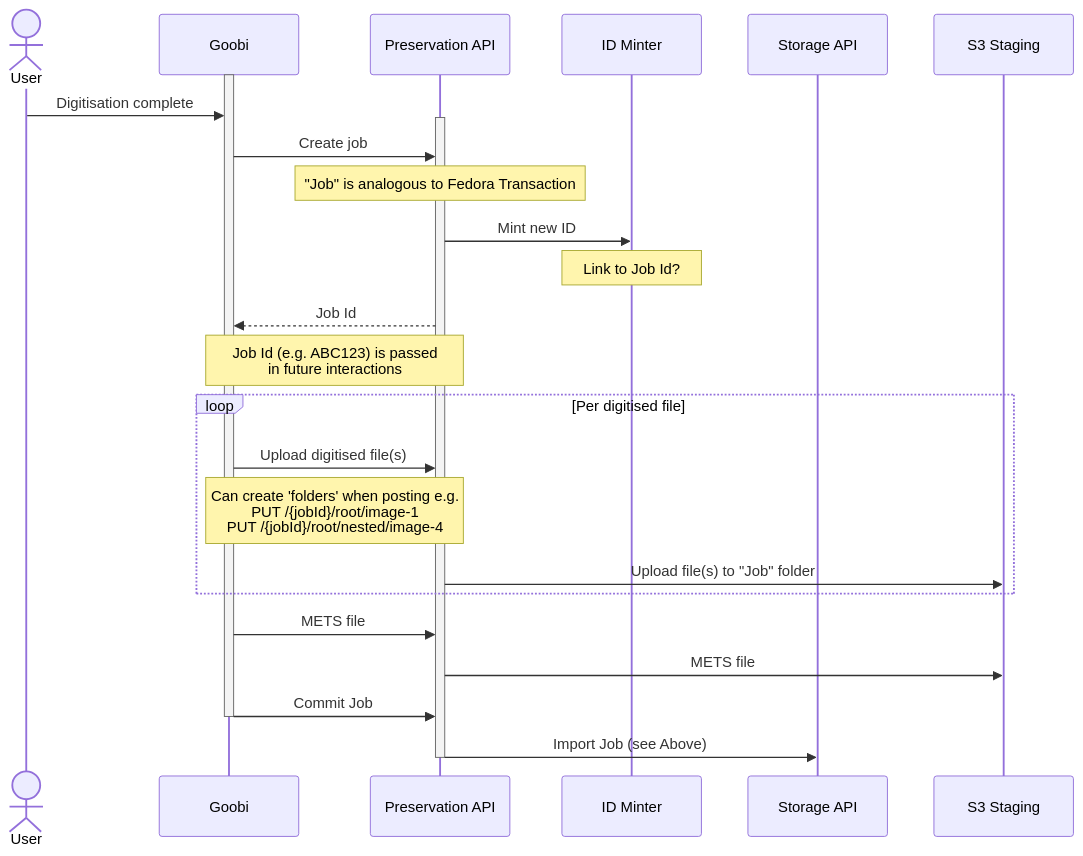
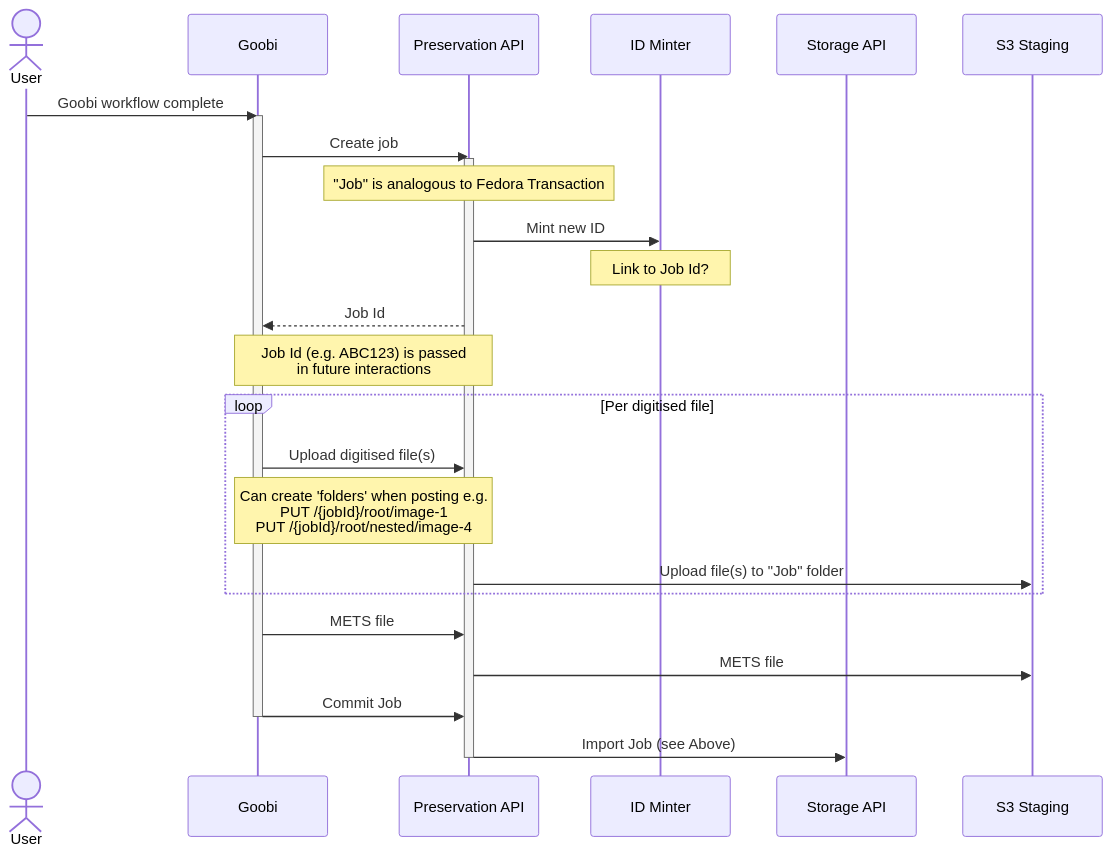
The second of 3 diagrams in sequence-diagrams/goobi_api_interaction.md (digirati-co-uk/digital-preservation-docs), drawn with Mermaid before and after one commit. The commit also changed other lines of this file and 1 other file, not shown here.

Commit message:
Add goobi->s3 interaction

````diff
--- a/sequence-diagrams/goobi_api_interaction.md
+++ b/sequence-diagrams/goobi_api_interaction.md
@@ -85,30 +85,30 @@
 ```mermaid
 sequenceDiagram
   actor User
   participant G as Goobi
   participant P as Preservation API
   participant ID as ID Minter
   participant S as Storage API
   participant S3 as S3 Staging
 
+  User->>G: Goobi workflow complete
   activate G
-  User->>G: Digitisation complete
+  G->>P: Create job
   activate P
-  G->>P: Create job
   note over P: "Job" is analogous to Fedora Transaction
   P->>ID: Mint new ID
   note over ID: Link to Job Id?
   P-->>G: Job Id
   note over G,P: Job Id (e.g. ABC123) is passed<br>in future interactions
   loop Per digitised file
     G->>P: Upload digitised file(s)
     note over G,P:Can create 'folders' when posting e.g.<br>PUT /{jobId}/root/image-1<br>PUT /{jobId}/root/nested/image-4
     P->>S3: Upload file(s) to "Job" folder
   end
   G->>P: METS file
   P->>S3: METS file
   G->>P: Commit Job
   deactivate G
   P->>S:Import Job (see Above)
   deactivate P
 ```
````
